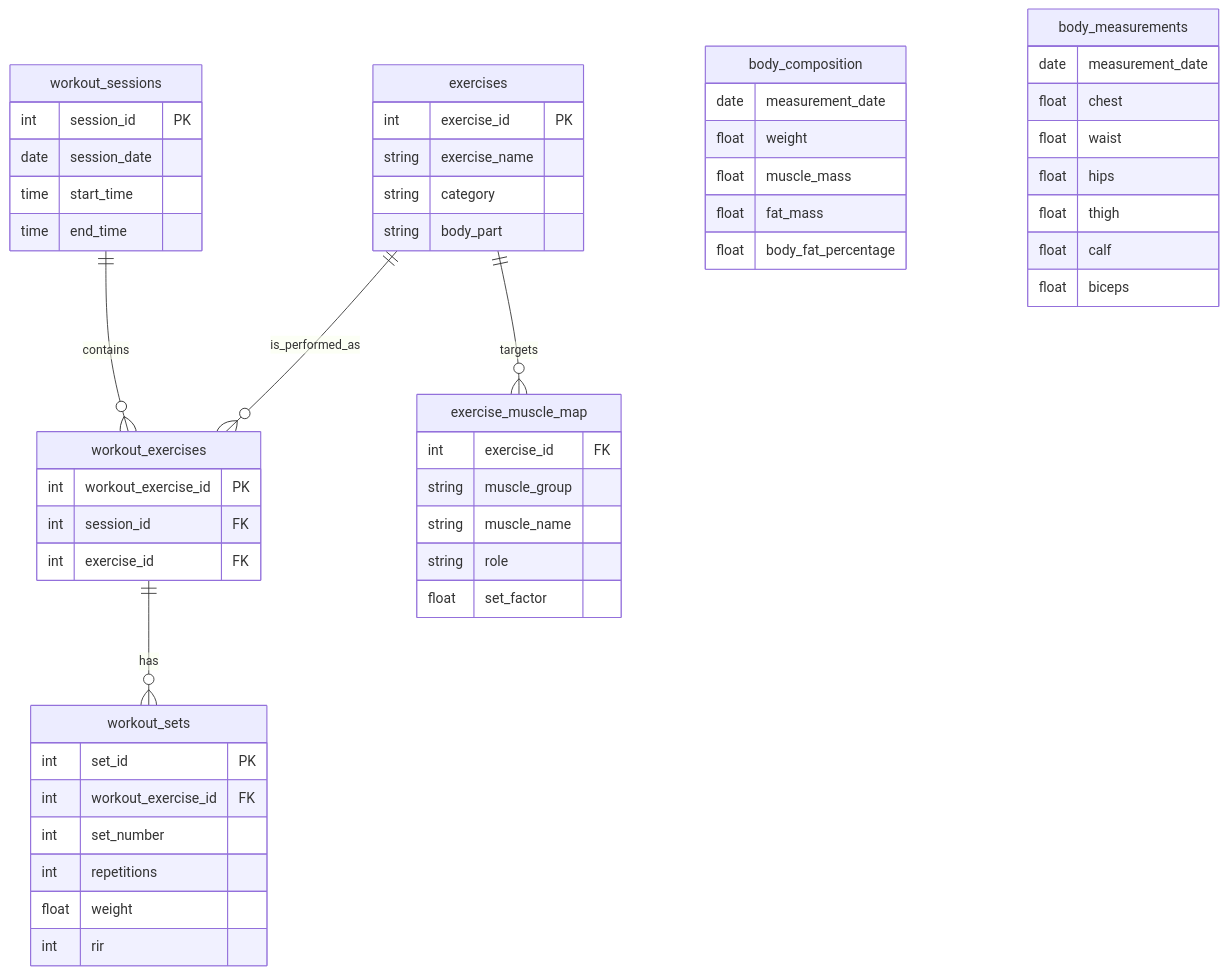
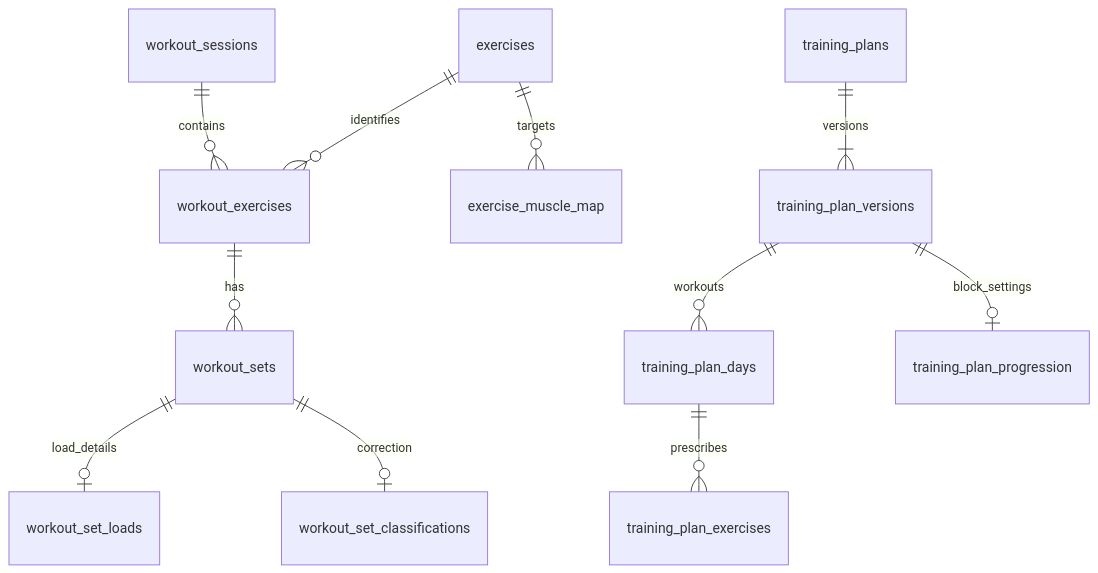
The second of 2 diagrams in README.md (BaseMar/ProgressAnalyzer), drawn with Mermaid before and after one commit. The commit also changed other lines of this file, not shown here.

````diff
--- a/README.md
+++ b/README.md
@@ -808,62 +702,13 @@
 ```mermaid
 erDiagram
     workout_sessions ||--o{ workout_exercises : contains
-    exercises ||--o{ workout_exercises : is_performed_as
+    exercises ||--o{ workout_exercises : identifies
     workout_exercises ||--o{ workout_sets : has
     exercises ||--o{ exercise_muscle_map : targets
-
-    workout_sessions {
-        int session_id PK
-        date session_date
-        time start_time
-        time end_time
-    }
-
-    workout_exercises {
-        int workout_exercise_id PK
-        int session_id FK
-        int exercise_id FK
-    }
-
-    workout_sets {
-        int set_id PK
-        int workout_exercise_id FK
-        int set_number
-        int repetitions
-        float weight
-        int rir
-    }
-
-    exercises {
-        int exercise_id PK
-        string exercise_name
-        string category
-        string body_part
-    }
-
-    exercise_muscle_map {
-        int exercise_id FK
-        string muscle_group
-        string muscle_name
-        string role
-        float set_factor
-    }
-
-    body_composition {
-        date measurement_date
-        float weight
-        float muscle_mass
-        float fat_mass
-        float body_fat_percentage
-    }
-
-    body_measurements {
-        date measurement_date
-        float chest
-        float waist
-        float hips
-        float thigh
-        float calf
-        float biceps
-    }
+    workout_sets ||--o| workout_set_loads : load_details
+    workout_sets ||--o| workout_set_classifications : correction
+    training_plans ||--|{ training_plan_versions : versions
+    training_plan_versions ||--o{ training_plan_days : workouts
+    training_plan_days ||--o{ training_plan_exercises : prescribes
+    training_plan_versions ||--o| training_plan_progression : block_settings
 ```
````
